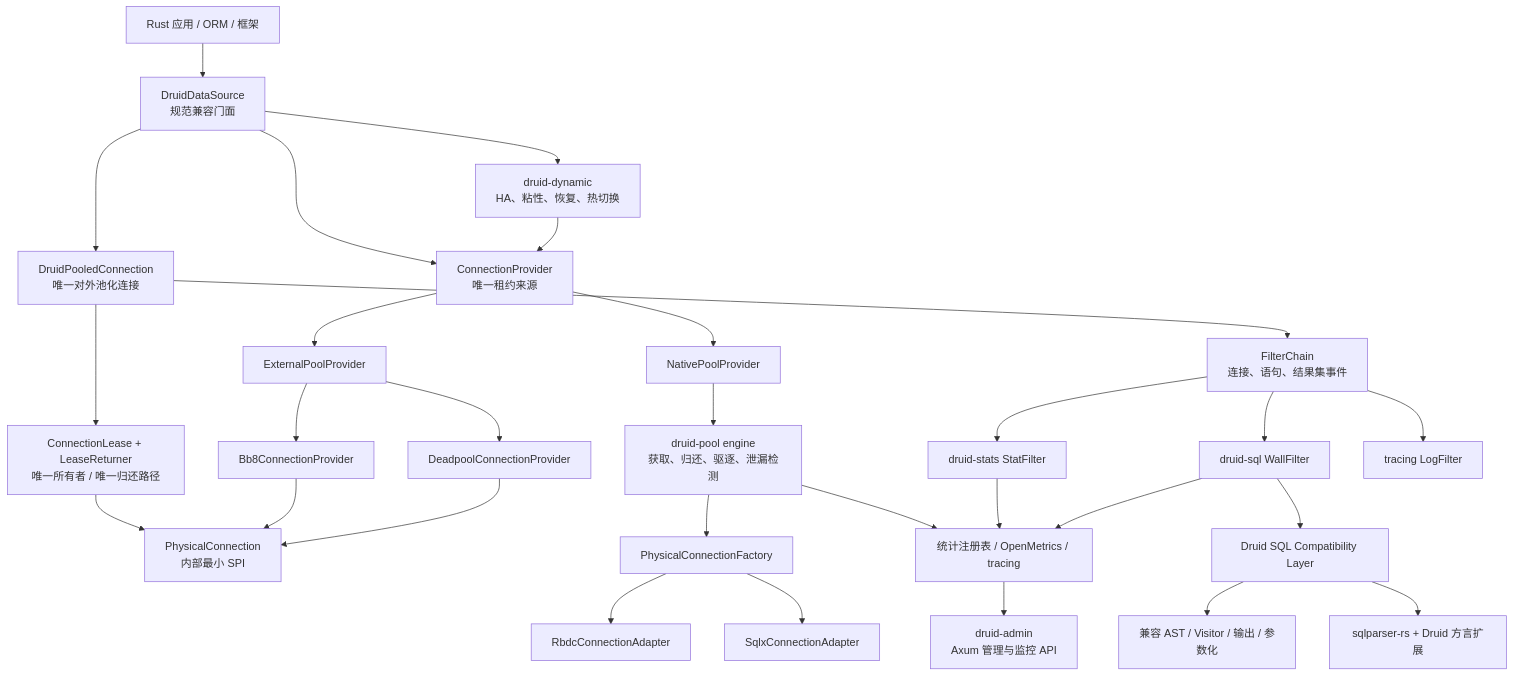
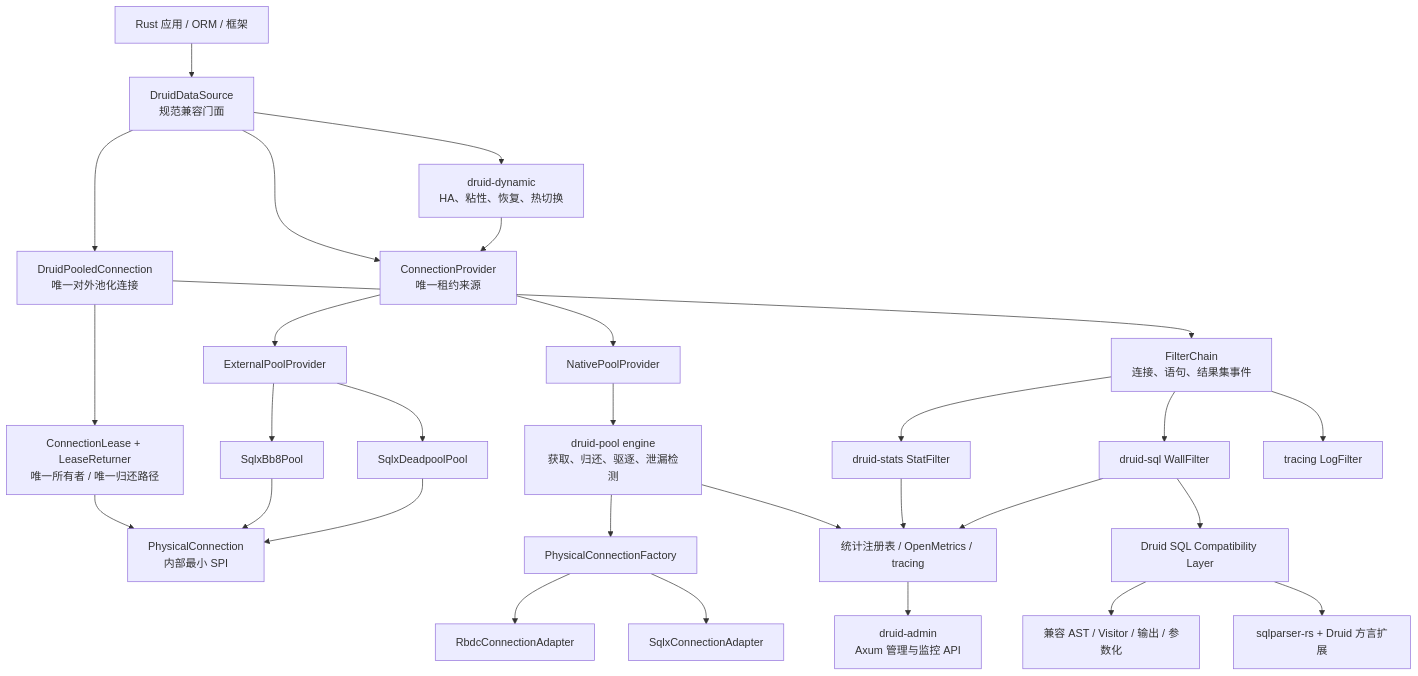
Before and after one commit to easy-4-rust/druid-rust: the first of 3 diagrams in doc/migration/1、迁移路线图.md, drawn with Mermaid. The commit also changed other lines of this file and 45 other files, not shown here.

````diff
--- a/doc/migration/1、迁移路线图.md
+++ b/doc/migration/1、迁移路线图.md
@@ -55,36 +55,36 @@
 ```mermaid
 flowchart TD
     App["Rust 应用 / ORM / 框架"] --> Facade["DruidDataSource<br/>规范兼容门面"]
     Facade --> PublicConn["DruidPooledConnection<br/>唯一对外池化连接"]
     Facade --> Provider["ConnectionProvider<br/>唯一租约来源"]
     PublicConn --> Lease["ConnectionLease + LeaseReturner<br/>唯一所有者 / 唯一归还路径"]
     Lease --> Physical["PhysicalConnection<br/>内部最小 SPI"]
 
     Provider --> Native["NativePoolProvider"]
     Native --> Pool["druid-pool engine<br/>获取、归还、驱逐、泄漏检测"]
     Pool --> Factory["PhysicalConnectionFactory"]
     Factory --> Sqlx["SqlxConnectionAdapter"]
     Factory --> Rbdc["RbdcConnectionAdapter"]
 
     Provider --> Bridge["ExternalPoolProvider"]
-    Bridge --> Bb8["Bb8ConnectionProvider"]
-    Bridge --> Deadpool["DeadpoolConnectionProvider"]
+    Bridge --> Bb8["SqlxBb8Pool"]
+    Bridge --> Deadpool["SqlxDeadpoolPool"]
     Bb8 --> Physical
     Deadpool --> Physical
 
     PublicConn --> Chain["FilterChain<br/>连接、语句、结果集事件"]
     Chain --> Wall["druid-sql WallFilter"]
     Chain --> Stat["druid-stats StatFilter"]
     Chain --> Log["tracing LogFilter"]
 
     Wall --> Compat["Druid SQL Compatibility Layer"]
     Compat --> Parser["sqlparser-rs + Druid 方言扩展"]
     Compat --> Ast["兼容 AST / Visitor / 输出 / 参数化"]
 
     Facade --> Dynamic["druid-dynamic<br/>HA、粘性、恢复、热切换"]
     Dynamic --> Provider
     Pool --> Observability["统计注册表 / OpenMetrics / tracing"]
     Stat --> Observability
     Wall --> Observability
     Observability --> Admin["druid-admin<br/>Axum 管理与监控 API"]
 ```
````
